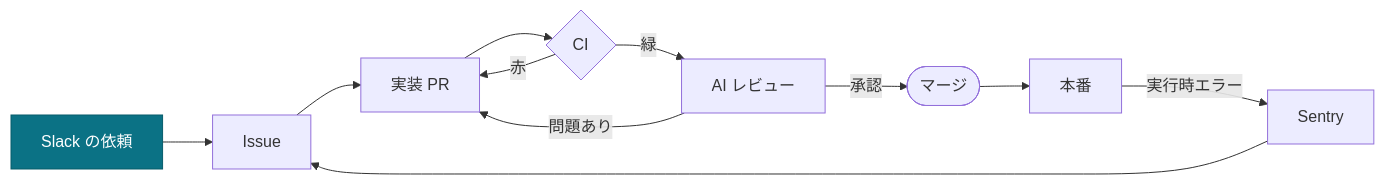
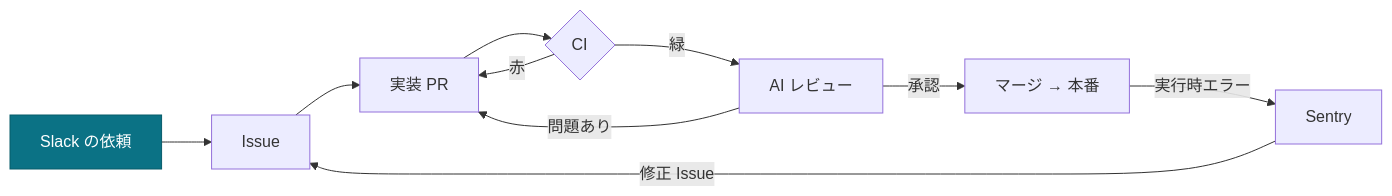
One commit to hakusoft/loop-engineering-lab changed the first of 2 diagrams in README.md. Above: the diagram before and after it, drawn with Mermaid.

Commit message:
docs: ループ図の右端の詰まりを緩和する
マージと本番を 1 ノードに統合して列を 1 つ減らし、Sentry の位置を左に寄せた。
右端が GitHub の操作ボタンと重なりにくくなる。

Sentry から Issue へ戻る線に「修正 Issue」のラベルを付けた。
図を横断する長い線が何を意味するのか、これまで読み取れなかった。

````diff
--- a/README.md
+++ b/README.md
@@ -9,16 +9,15 @@
 ```mermaid
 flowchart LR
     SLACK[Slack の依頼] --> ISSUE[Issue]
     ISSUE --> PR[実装 PR]
     PR --> CI{CI}
     CI -->|赤| PR
     CI -->|緑| REVIEW[AI レビュー]
     REVIEW -->|問題あり| PR
-    REVIEW -->|承認| MERGE([マージ])
-    MERGE --> PROD[本番]
+    REVIEW -->|承認| PROD[マージ → 本番]
     PROD -->|実行時エラー| SENTRY[Sentry]
-    SENTRY --> ISSUE
+    SENTRY -->|修正 Issue| ISSUE
 
     classDef human fill:#0b7285,stroke:#075c6b,color:#fff
     class SLACK human
 ```
````
